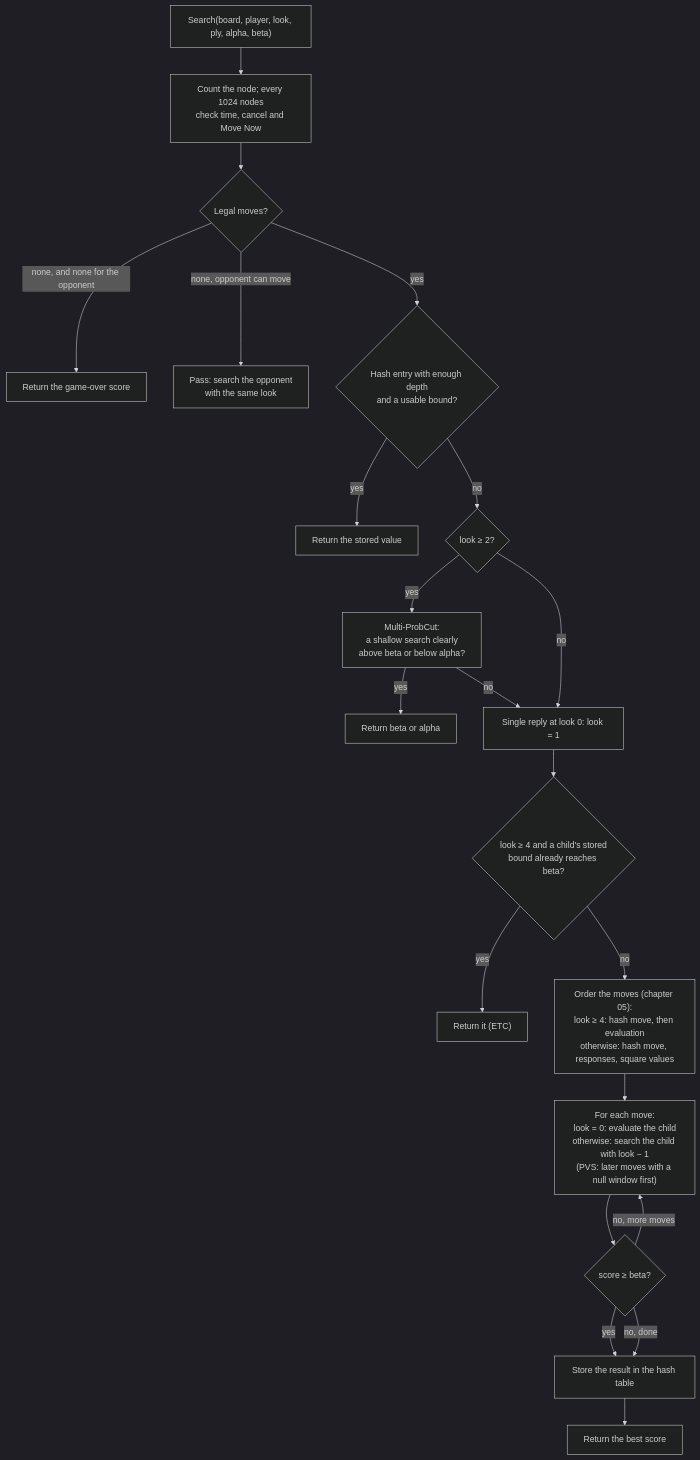
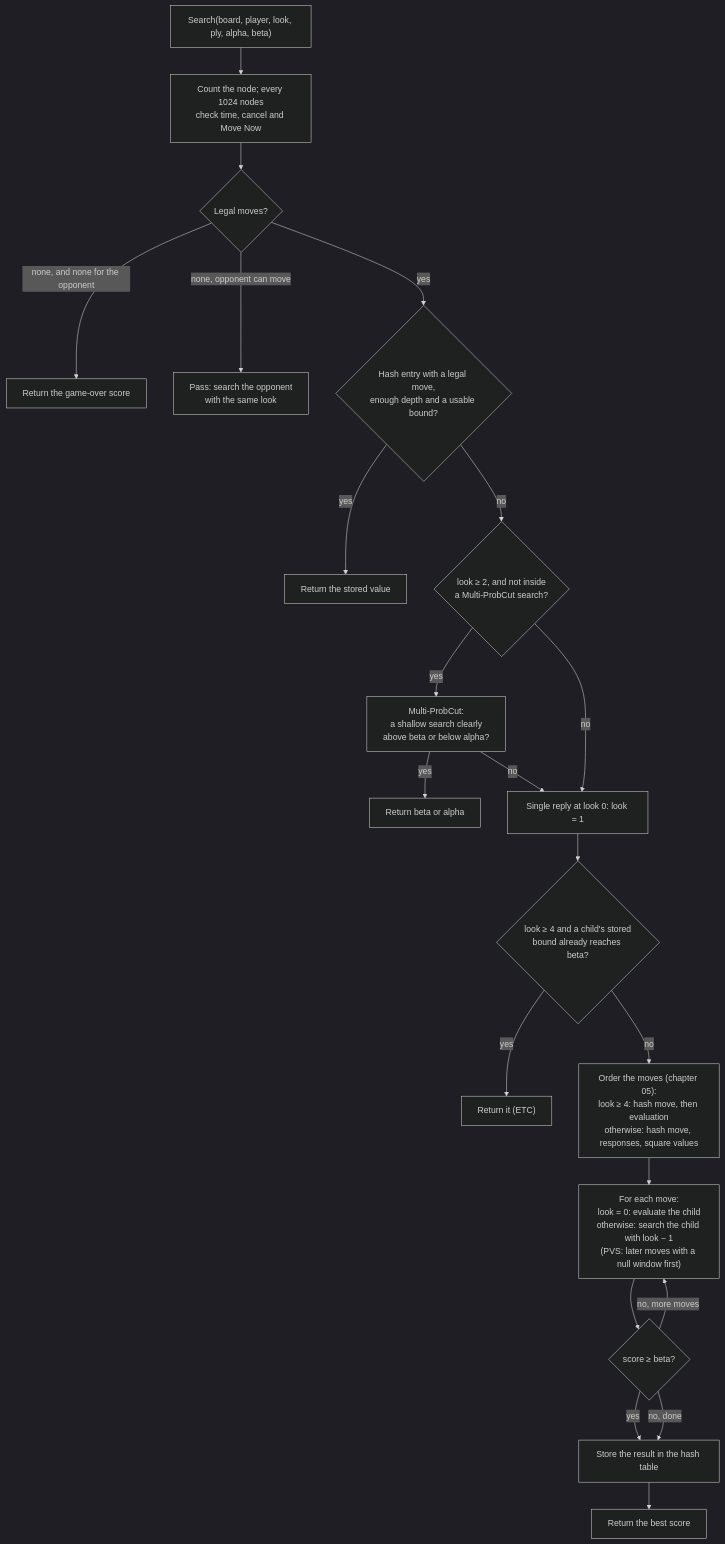
One commit to cjp-dev/Stello changed the second of 3 diagrams in docs/brain/06-midgame-search.md. Above: the diagram before and after it, drawn with Mermaid (dark theme). The commit also changed other lines of this file and 12 other files, not shown here.

````diff
--- a/docs/brain/06-midgame-search.md
+++ b/docs/brain/06-midgame-search.md
@@ -96,23 +109,23 @@
 ```mermaid
 flowchart TD
     N["Search(board, player, look, ply, alpha, beta)"] --> Count["Count the node; every 1024 nodes<br/>check time, cancel and Move Now"]
     Count --> Legal{"Legal moves?"}
     Legal -- "none, and none for the opponent" --> Over["Return the game-over score"]
     Legal -- "none, opponent can move" --> PassNode["Pass: search the opponent<br/>with the same look"]
-    Legal -- "yes" --> Hash{"Hash entry with enough depth<br/>and a usable bound?"}
+    Legal -- "yes" --> Hash{"Hash entry with a legal move,<br/>enough depth and a usable bound?"}
     Hash -- "yes" --> HashCut["Return the stored value"]
-    Hash -- "no" --> Sel{"look ≥ 2?"}
+    Hash -- "no" --> Sel{"look ≥ 2, and not inside<br/>a Multi-ProbCut search?"}
     Sel -- "yes" --> SelTest["Multi-ProbCut:<br/>a shallow search clearly<br/>above beta or below alpha?"]
     SelTest -- "yes" --> SelCut["Return beta or alpha"]
     SelTest -- "no" --> Ext
     Sel -- "no" --> Ext["Single reply at look 0: look = 1"]
     Ext --> Etc{"look ≥ 4 and a child's stored<br/>bound already reaches beta?"}
     Etc -- "yes" --> EtcCut["Return it (ETC)"]
     Etc -- "no" --> Order["Order the moves (chapter 05):<br/>look ≥ 4: hash move, then evaluation<br/>otherwise: hash move, responses, square values"]
     Order --> Loop["For each move:<br/>look = 0: evaluate the child<br/>otherwise: search the child with look − 1<br/>(PVS: later moves with a null window first)"]
     Loop --> Cut{"score ≥ beta?"}
     Cut -- "yes" --> Store
     Cut -- "no, more moves" --> Loop
     Cut -- "no, done" --> Store["Store the result in the hash table"]
     Store --> Ret["Return the best score"]
 ```
````
